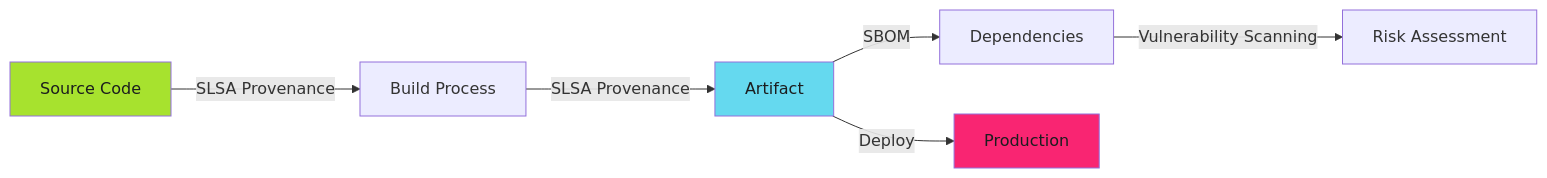
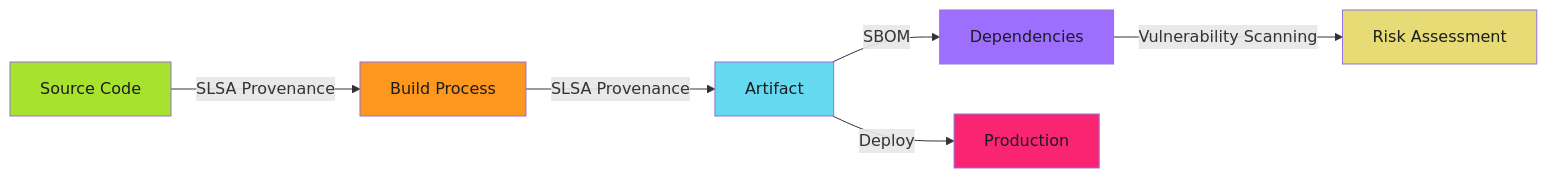
One commit to adaptive-enforcement-lab/adaptive-enforcement-lab-com changed the diagram in docs/enforce/slsa-provenance/slsa-vs-sbom.md. Above: the diagram before and after it, drawn with Mermaid. The commit also changed 143 other files, not shown here.

````diff
--- a/docs/enforce/slsa-provenance/slsa-vs-sbom.md
+++ b/docs/enforce/slsa-provenance/slsa-vs-sbom.md
@@ -116,12 +116,17 @@
 ```mermaid
 graph LR
     A[Source Code] -->|SLSA Provenance| B[Build Process]
     B -->|SLSA Provenance| C[Artifact]
     C -->|SBOM| D[Dependencies]
     D -->|Vulnerability Scanning| E[Risk Assessment]
     C -->|Deploy| F[Production]
 
+    %% Ghostty Hardcore Theme
     style A fill:#a7e22e,color:#1b1d1e
+    style B fill:#fd971e,color:#1b1d1e
     style C fill:#65d9ef,color:#1b1d1e
+    style D fill:#9e6ffe,color:#1b1d1e
+    style E fill:#e6db74,color:#1b1d1e
     style F fill:#f92572,color:#1b1d1e
+
 ```
````
